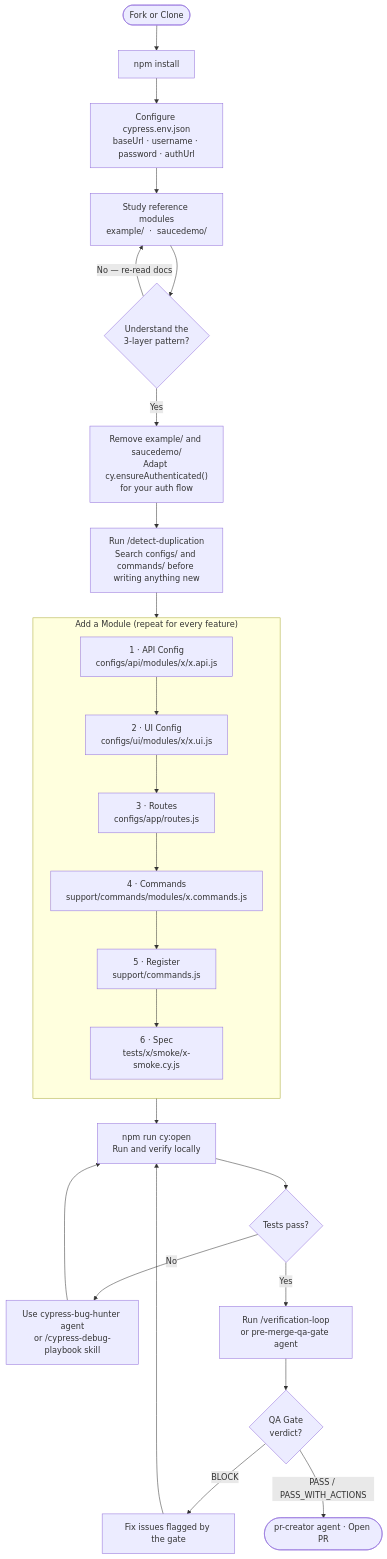
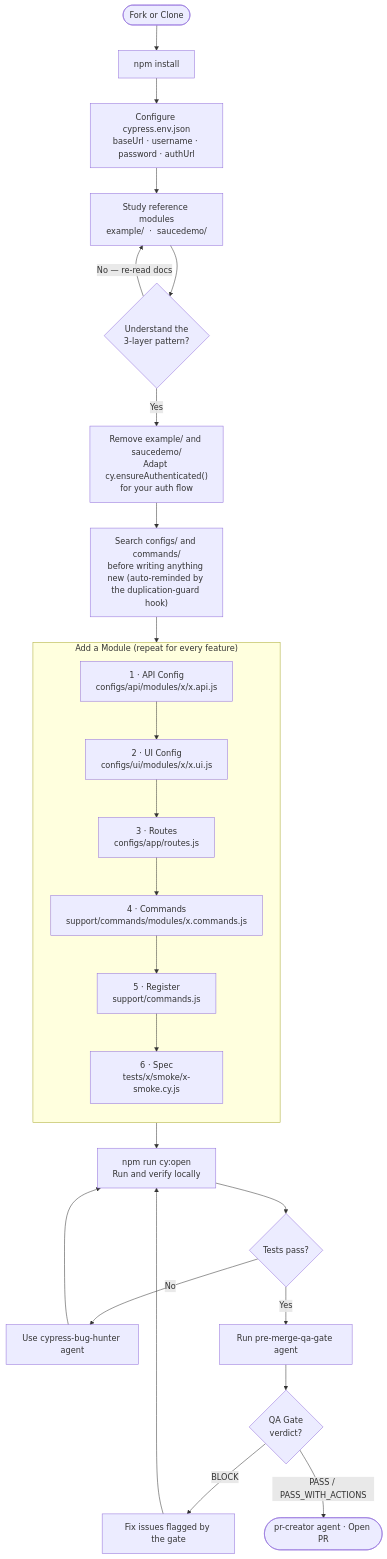
One commit to lfyagya/cypress-automation-boilerplate changed the second of 3 diagrams in README.md. Above: the diagram before and after it, drawn with Mermaid. The commit also changed other lines of this file and 102 other files, not shown here.

````diff
--- a/README.md
+++ b/README.md
@@ -69,39 +69,39 @@
 ```mermaid
 flowchart TD
     START(["Fork or Clone"])
     START --> INSTALL["npm install"]
     INSTALL --> ENV["Configure cypress.env.json\nbaseUrl · username · password · authUrl"]
     ENV --> STUDY["Study reference modules\nexample/  ·  saucedemo/"]
     STUDY --> UNDERSTAND{"Understand the\n3-layer pattern?"}
     UNDERSTAND -- "No — re-read docs" --> STUDY
     UNDERSTAND -- Yes --> ADAPT["Remove example/ and saucedemo/\nAdapt cy.ensureAuthenticated()\nfor your auth flow"]
 
-    ADAPT --> DUPECHECK["Run /detect-duplication\nSearch configs/ and commands/ before writing anything new"]
+    ADAPT --> DUPECHECK["Search configs/ and commands/\nbefore writing anything new (auto-reminded by the duplication-guard hook)"]
 
     subgraph BUILD["Add a Module  (repeat for every feature)"]
         direction TB
         M1["1 · API Config\nconfigs/api/modules/x/x.api.js"]
         M2["2 · UI Config\nconfigs/ui/modules/x/x.ui.js"]
         M3["3 · Routes\nconfigs/app/routes.js"]
         M4["4 · Commands\nsupport/commands/modules/x.commands.js"]
         M5["5 · Register\nsupport/commands.js"]
         M6["6 · Spec\ntests/x/smoke/x-smoke.cy.js"]
         M1 --> M2 --> M3 --> M4 --> M5 --> M6
     end
 
     DUPECHECK --> M1
 
     M6 --> RUN["npm run cy:open\nRun and verify locally"]
     RUN --> PASS{"Tests pass?"}
 
-    PASS -- No --> DEBUG["Use cypress-bug-hunter agent\nor /cypress-debug-playbook skill"]
+    PASS -- No --> DEBUG["Use cypress-bug-hunter agent"]
     DEBUG --> RUN
 
-    PASS -- Yes --> GATE["Run /verification-loop\nor pre-merge-qa-gate agent"]
+    PASS -- Yes --> GATE["Run pre-merge-qa-gate agent"]
     GATE --> VERDICT{"QA Gate\nverdict?"}
 
     VERDICT -- BLOCK --> FIX["Fix issues flagged by the gate"]
     FIX --> RUN
 
     VERDICT -- "PASS / PASS_WITH_ACTIONS" --> PR(["pr-creator agent · Open PR"])
 ```
````
